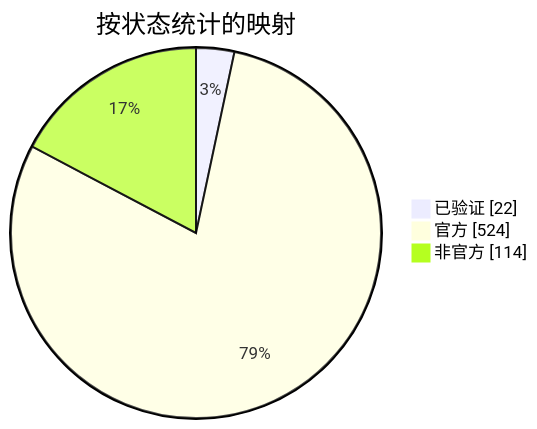
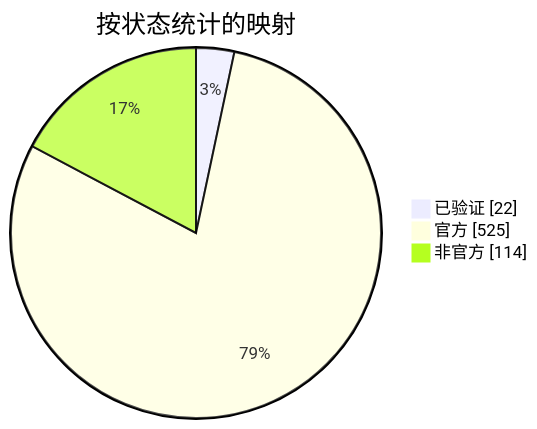
Before and after one commit to nobrega8/mbmap-library: the diagram in docs/readme/README_ZHS.md, drawn with Mermaid. The commit also changed 7 other files, not shown here.

````diff
--- a/docs/readme/README_ZHS.md
+++ b/docs/readme/README_ZHS.md
@@ -54,7 +54,7 @@
 ```mermaid
 pie showData
     title 按状态统计的映射
     "已验证" : 22
-    "官方" : 524
+    "官方" : 525
     "非官方" : 114
 ```
````
